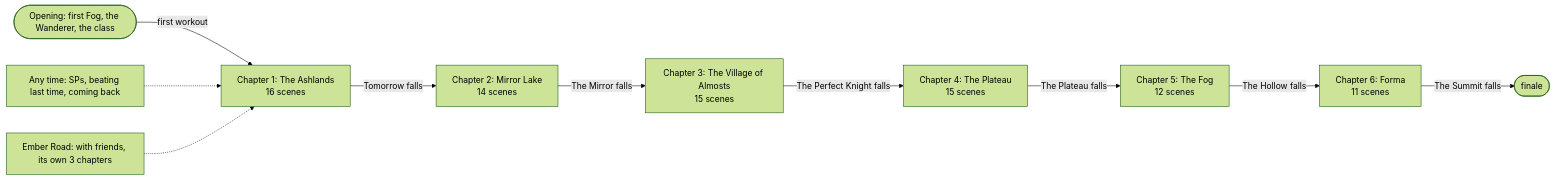
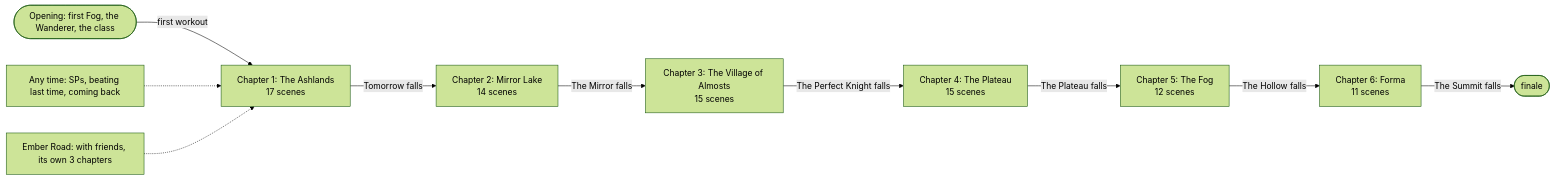
Before and after one commit to damicoedoardo/calisthenics-quest: the first of 17 diagrams in src/story/graph.md, drawn with Mermaid (forest theme). The commit also changed other lines of this file and 1 other file, not shown here.

First line of the commit message:
Story graph: Mira's scene from main, and upTo in the triggers

````diff
--- a/src/story/graph.md
+++ b/src/story/graph.md
@@ -19,19 +19,19 @@
 ```mermaid
 flowchart LR
   opening(["Opening: first Fog, the Wanderer, the class"])
-  c1["Chapter 1: The Ashlands<br/>16 scenes"]
+  c1["Chapter 1: The Ashlands<br/>17 scenes"]
   opening -->|"first workout"| c1
   c2["Chapter 2: Mirror Lake<br/>14 scenes"]
   c1 -->|"Tomorrow falls"| c2
   c3["Chapter 3: The Village of Almosts<br/>15 scenes"]
   c2 -->|"The Mirror falls"| c3
   c4["Chapter 4: The Plateau<br/>15 scenes"]
   c3 -->|"The Perfect Knight falls"| c4
   c5["Chapter 5: The Fog<br/>12 scenes"]
   c4 -->|"The Plateau falls"| c5
   c6["Chapter 6: Forma<br/>11 scenes"]
   c5 -->|"The Hollow falls"| c6
   c6 -->|"The Summit falls"| finale(["finale"])
   anytime["Any time: SPs, beating last time, coming back"] -.-> c1
   road["Ember Road: with friends, its own 3 chapters"] -.-> c1
 ```
````
